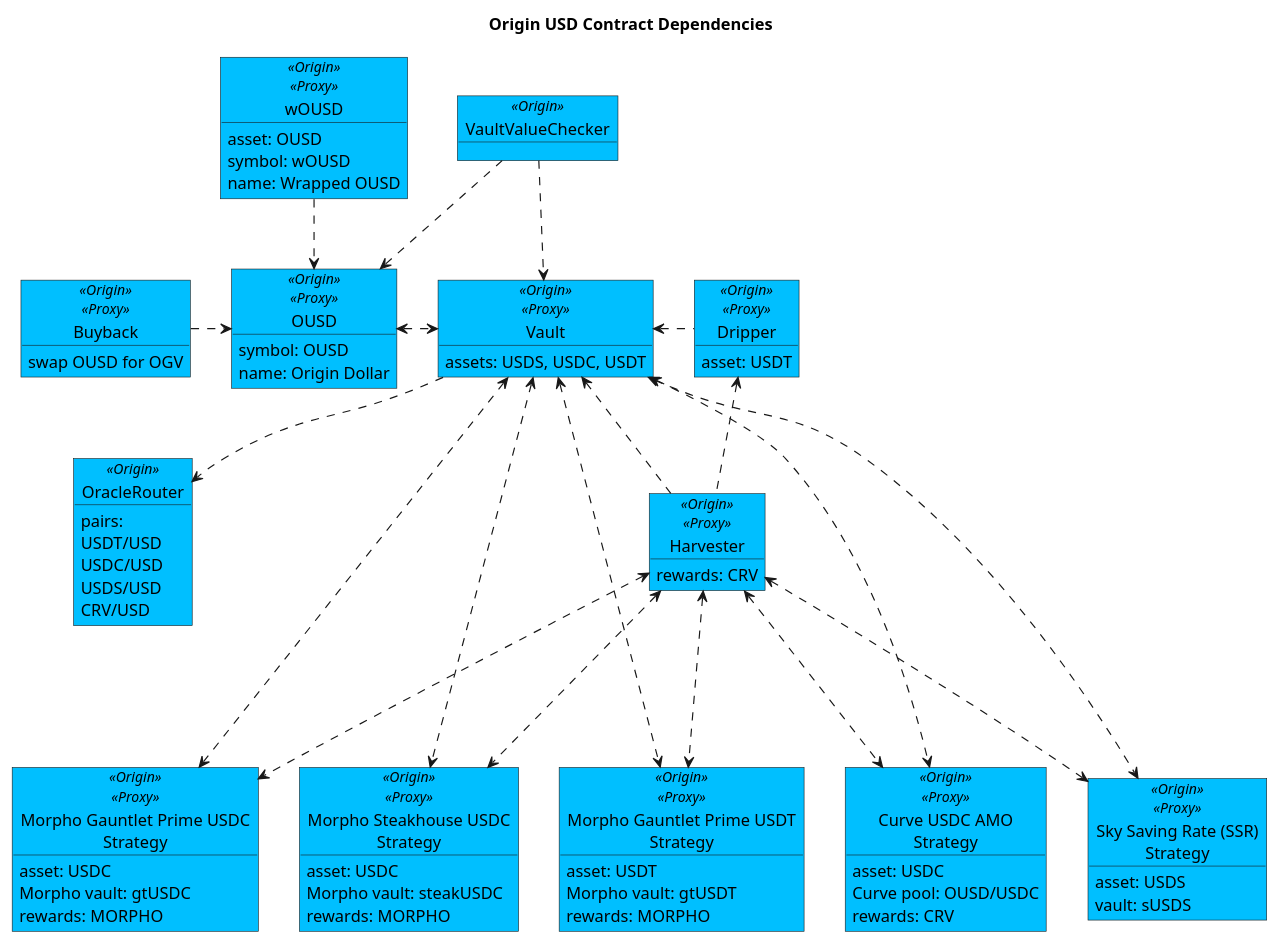
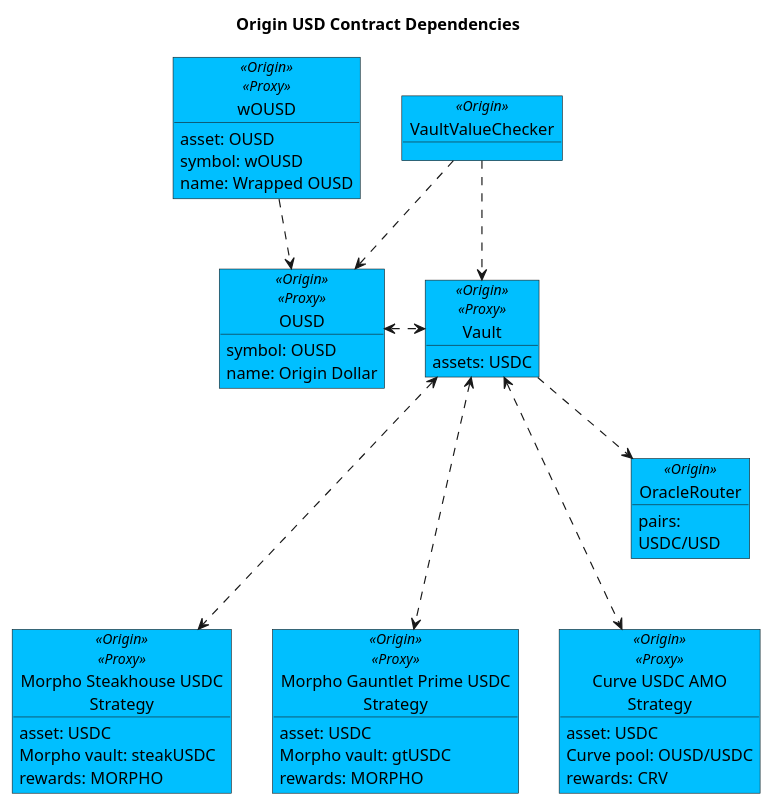
The diagram in contracts/docs/plantuml/ousdContracts.puml (OriginProtocol/origin-dollar), drawn with PlantUML before and after one commit. The commit also changed 3 other files, not shown here.

First line of the commit message:
Refactor PlantUML diagrams for OETH and OUSD. (#2723)

```diff
--- a/contracts/docs/plantuml/ousdContracts.puml
+++ b/contracts/docs/plantuml/ousdContracts.puml
@@ -1,107 +1,59 @@
 @startuml
 
 title "Origin USD Contract Dependencies"
-
-object "Dripper" as drip <<Origin>><<Proxy>> #DeepSkyBlue {
-    asset: USDT
-}
 
 object "VaultValueChecker" as checker <<Origin>> #DeepSkyBlue {
 }
 
 object "wOUSD" as wousd <<Origin>><<Proxy>> #DeepSkyBlue {
     asset: OUSD
     symbol: wOUSD
     name: Wrapped OUSD
 }
 
 object "OUSD" as ousd <<Origin>><<Proxy>> #DeepSkyBlue {
     symbol: OUSD
     name: Origin Dollar
 }
 
 object "Vault" as vault <<Origin>><<Proxy>> #DeepSkyBlue {
-    assets: USDS, USDC, USDT  
-}
-
-object "Harvester" as harv <<Origin>><<Proxy>> #DeepSkyBlue {
-    rewards: CRV
-}
-
-object "Buyback" as buy <<Origin>><<Proxy>> #DeepSkyBlue {
-swap OUSD for OGV
+    assets: USDC 
 }
 
 ' Strategies
-' object "ConvexStrategy" as cvxStrat <<Origin>><<Proxy>> #DeepSkyBlue {
-'     asset: DAI, USDC, USDT
-'     Curve pool: 3Pool (3CRV)
-'     Convex pool: DAI+USDC+USDT
-'     rewards: CRV, CVX
-' }
 object "Morpho Steakhouse USDC\nStrategy" as steakUSDC <<Origin>><<Proxy>> #DeepSkyBlue {
     asset: USDC
     Morpho vault: steakUSDC
     rewards: MORPHO
 }
 object "Morpho Gauntlet Prime USDC\nStrategy" as gtUSDC <<Origin>><<Proxy>> #DeepSkyBlue {
     asset: USDC
     Morpho vault: gtUSDC
     rewards: MORPHO
 }
-object "Morpho Gauntlet Prime USDT\nStrategy" as gtUSDT <<Origin>><<Proxy>> #DeepSkyBlue {
-    asset: USDT
-    Morpho vault: gtUSDT
-    rewards: MORPHO
-}
 object "Curve USDC AMO\nStrategy" as curveAmoStrat <<Origin>><<Proxy>> #DeepSkyBlue {
     asset: USDC
     Curve pool: OUSD/USDC
     rewards: CRV
 }
 
-object "Sky Saving Rate (SSR)\nStrategy" as ssrStrat <<Origin>><<Proxy>> #DeepSkyBlue {
-    asset: USDS
-    vault: sUSDS
-}
-
 ' Oracle
 object "OracleRouter" as oracle <<Origin>> #DeepSkyBlue {
 pairs:
-    USDT/USD
     USDC/USD
-    USDS/USD
-    CRV/USD
 }
-
-vault <. drip
 
 checker ..> ousd
 checker ..> vault
-
-vault <.. harv 
 
 wousd ..> ousd
 ousd <.> vault
 vault ..> oracle
 
-buy .> ousd
-
 ' Strategies
-' vault <...> aaveStrat
-' vault <...> amoStrat
-vault <...> ssrStrat
 vault <...> steakUSDC
 vault <...> gtUSDC
-vault <...> gtUSDT
 vault <...> curveAmoStrat
 
-drip <.. harv
-' harv <..> amoStrat
-harv <...> ssrStrat
-harv <...> steakUSDC
-harv <...> gtUSDC
-harv <...> gtUSDT
-harv <...> curveAmoStrat
 
 @enduml
```
